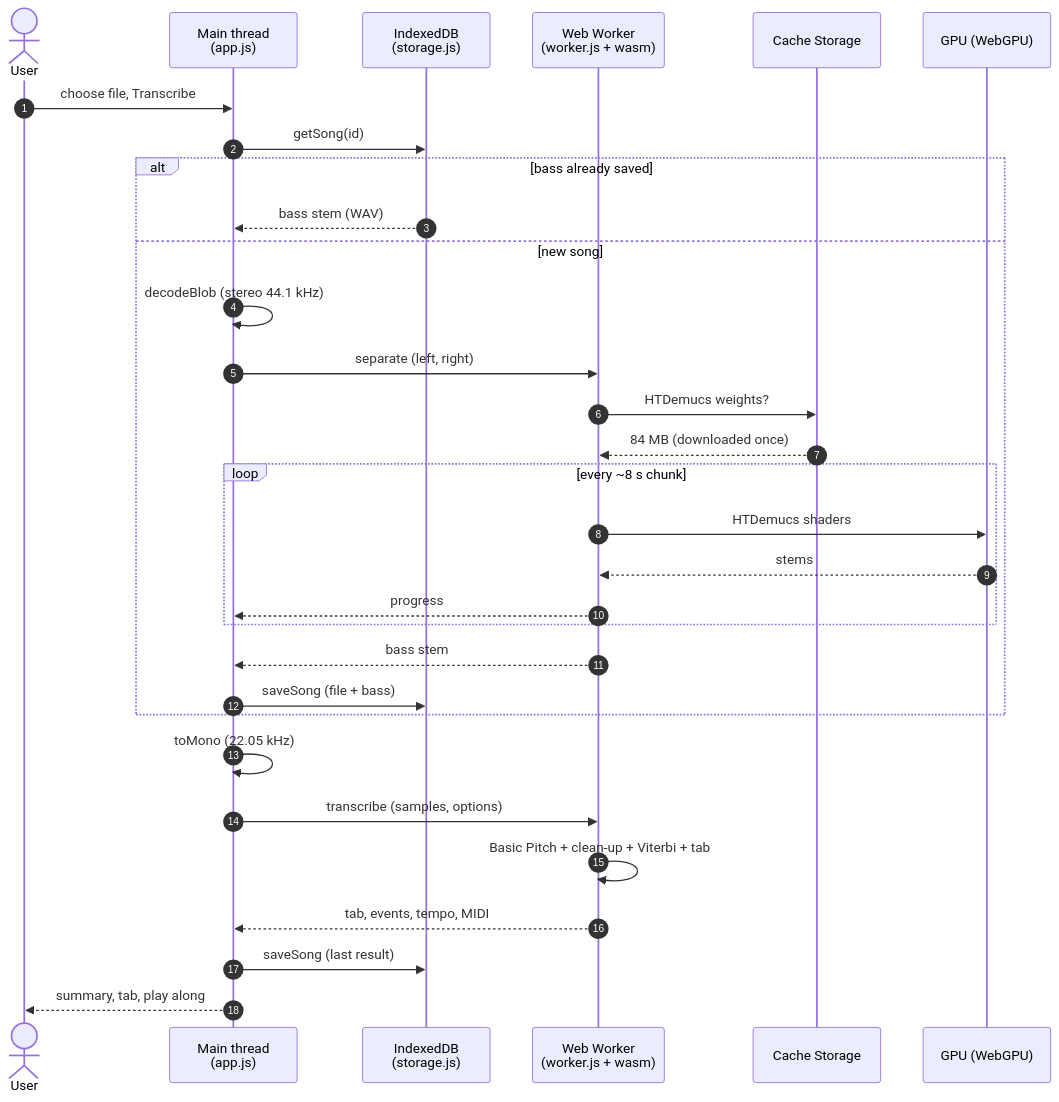
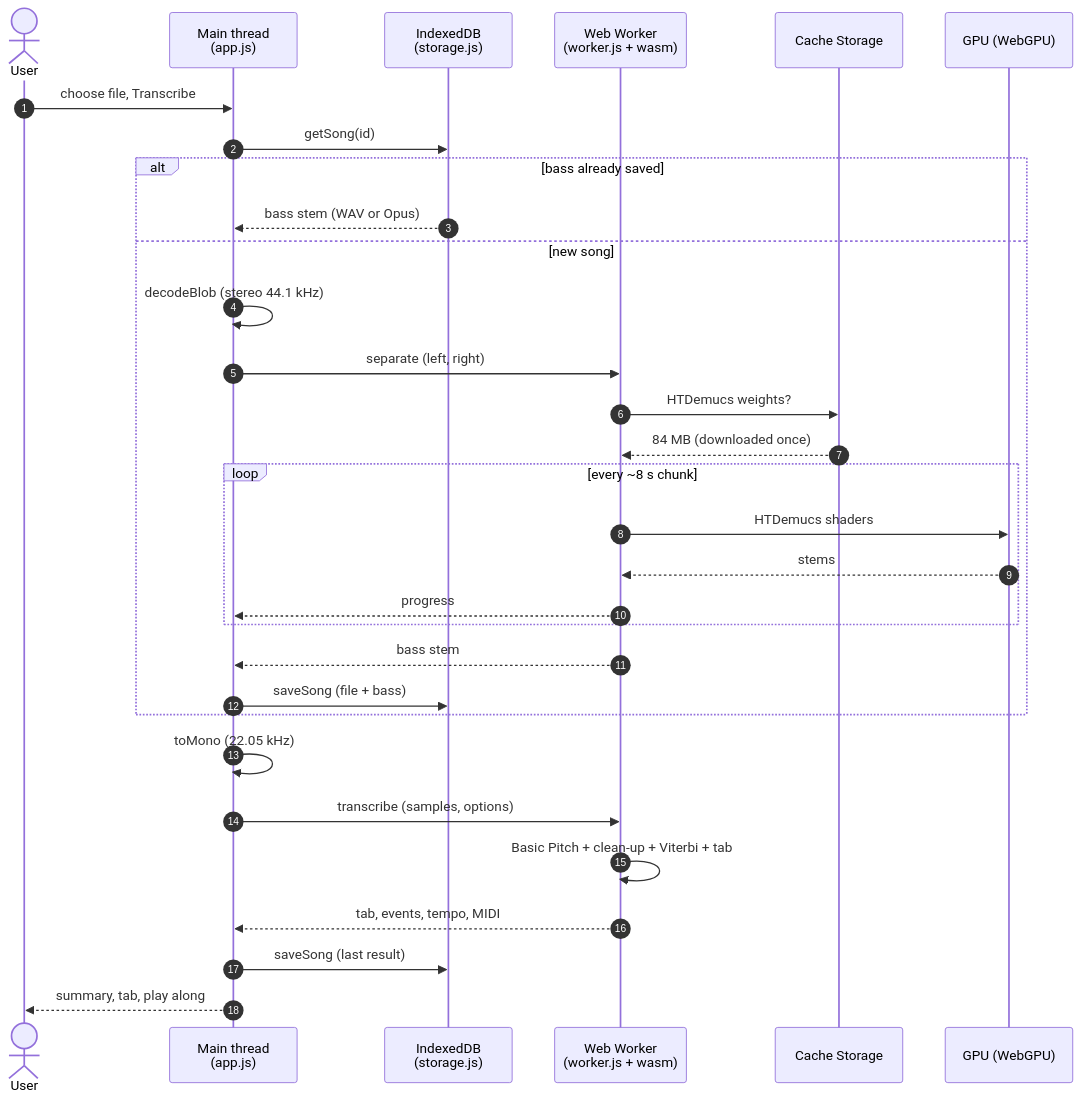
The second of 3 diagrams in docs/ARCHITECTURE.md (joaquin-p-olivera/bassline-to-tab), drawn with Mermaid before and after one commit. The commit also changed other lines of this file and 5 other files, not shown here.

First line of the commit message:
Optionally save the separated bass compressed as Opus (#26)

````diff
--- a/docs/ARCHITECTURE.md
+++ b/docs/ARCHITECTURE.md
@@ -52,34 +52,34 @@
 ```mermaid
 sequenceDiagram
     autonumber
     actor User
     participant Page as Main thread<br/>(app.js)
     participant DB as IndexedDB<br/>(storage.js)
     participant Worker as Web Worker<br/>(worker.js + wasm)
     participant Cache as Cache Storage
     participant GPU as GPU (WebGPU)
 
     User->>Page: choose file, Transcribe
     Page->>DB: getSong(id)
     alt bass already saved
-        DB-->>Page: bass stem (WAV)
+        DB-->>Page: bass stem (WAV or Opus)
     else new song
         Page->>Page: decodeBlob (stereo 44.1 kHz)
         Page->>Worker: separate (left, right)
         Worker->>Cache: HTDemucs weights?
         Cache-->>Worker: 84 MB (downloaded once)
         loop every ~8 s chunk
             Worker->>GPU: HTDemucs shaders
             GPU-->>Worker: stems
             Worker-->>Page: progress
         end
         Worker-->>Page: bass stem
         Page->>DB: saveSong (file + bass)
     end
     Page->>Page: toMono (22.05 kHz)
     Page->>Worker: transcribe (samples, options)
     Worker->>Worker: Basic Pitch + clean-up + Viterbi + tab
     Worker-->>Page: tab, events, tempo, MIDI
     Page->>DB: saveSong (last result)
     Page-->>User: summary, tab, play along
 ```
````
